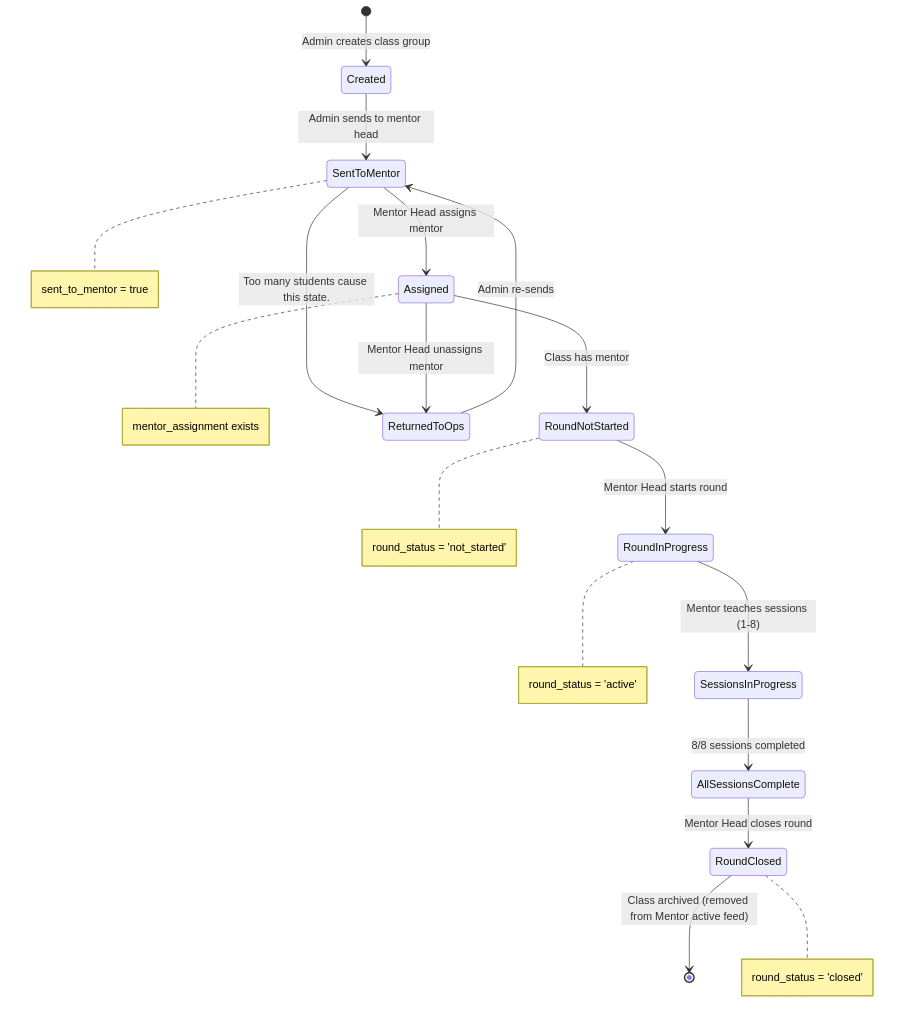
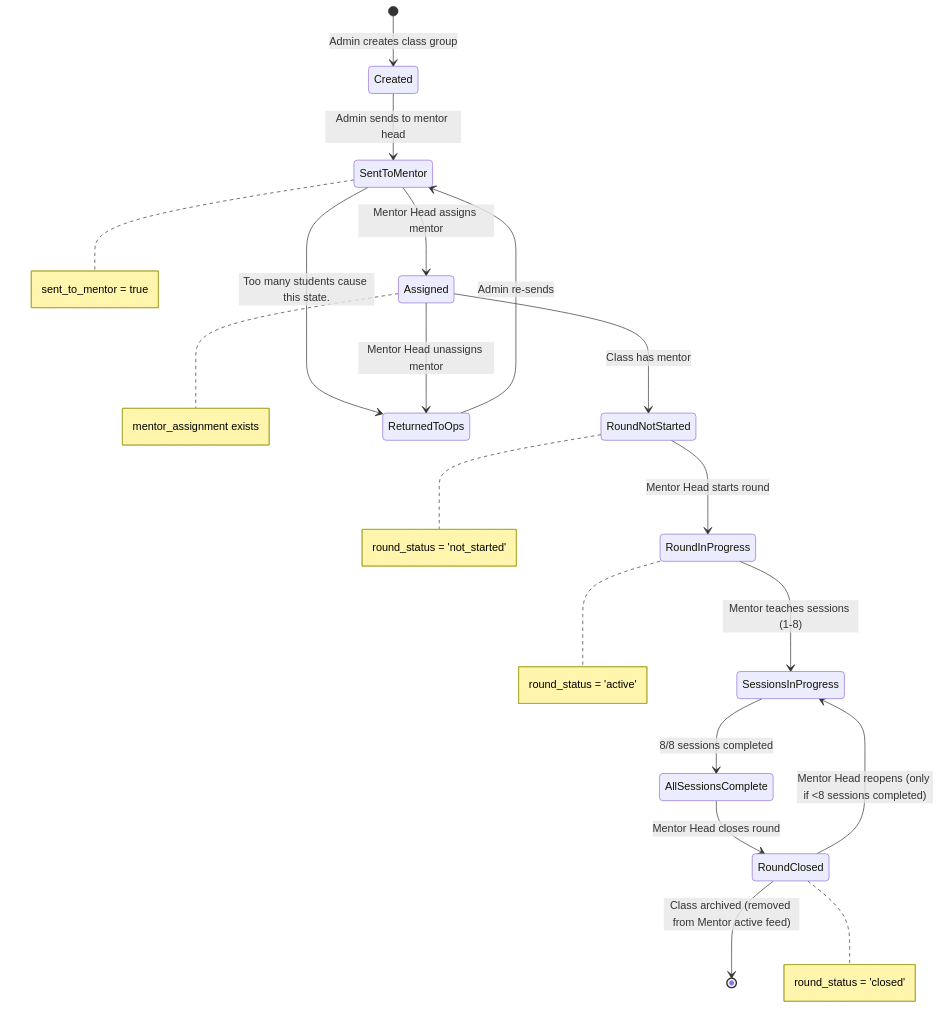
One commit to MahmoudObeid1001/eighty-twenty-ops changed the diagram in memory/flows/class_lifecycle.md. Above: the diagram before and after it, drawn with Mermaid. The commit also changed other lines of this file and 57 other files, not shown here.

````diff
--- a/memory/flows/class_lifecycle.md
+++ b/memory/flows/class_lifecycle.md
@@ -15,26 +15,27 @@
 ```mermaid
 stateDiagram-v2
     [*] --> Created: Admin creates class group
     
     Created --> SentToMentor: Admin sends to mentor head
     SentToMentor --> Assigned: Mentor Head assigns mentor
     Assigned --> RoundNotStarted: Class has mentor
     
     RoundNotStarted --> RoundInProgress: Mentor Head starts round
     RoundInProgress --> SessionsInProgress: Mentor teaches sessions (1-8)
     SessionsInProgress --> AllSessionsComplete: 8/8 sessions completed
     AllSessionsComplete --> RoundClosed: Mentor Head closes round
     
     RoundClosed --> [*]: Class archived (removed from Mentor active feed)
+    RoundClosed --> SessionsInProgress: Mentor Head reopens (only if <8 sessions completed)
     
     SentToMentor --> ReturnedToOps: Too many students cause this state.
     Assigned --> ReturnedToOps: Mentor Head unassigns mentor
     
     ReturnedToOps --> SentToMentor: Admin re-sends
     
     note right of SentToMentor: sent_to_mentor = true
     note right of Assigned: mentor_assignment exists
     note right of RoundNotStarted: round_status = 'not_started'
     note right of RoundInProgress: round_status = 'active'
     note right of RoundClosed: round_status = 'closed'
 ```
````
